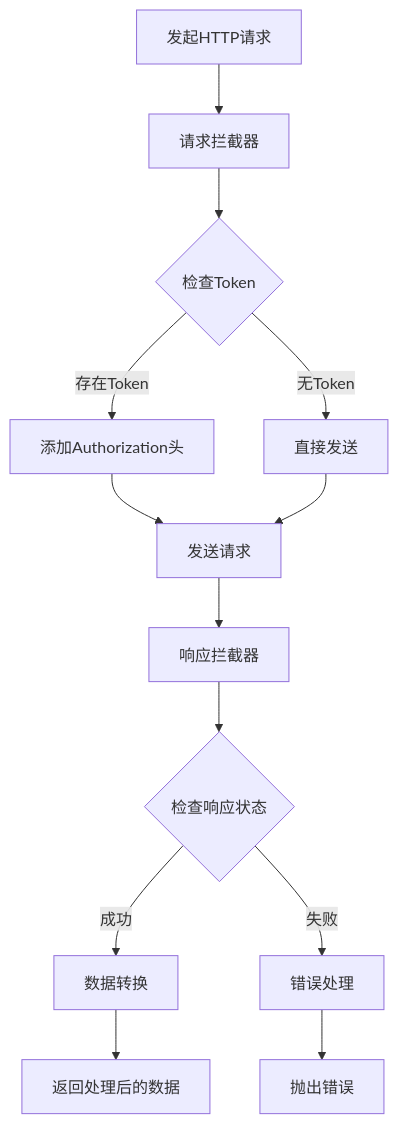
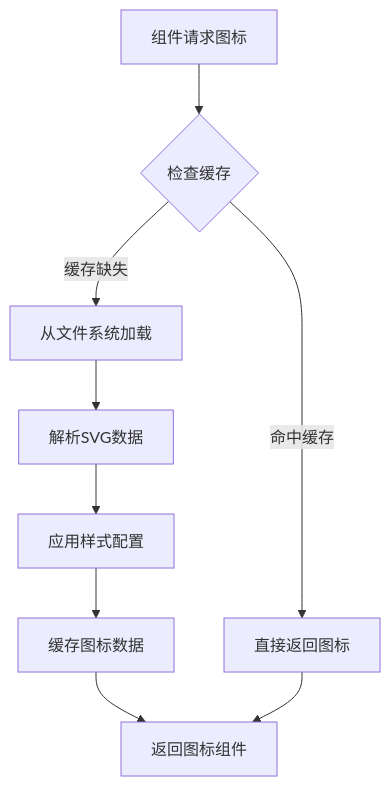
Before and after one commit to giserman001/vue3-vant4-mobile: diagram 14 of 15 in .qoder/repowiki/zh/content/核心系统/聊天系统.md, drawn with Mermaid. The commit also changed other lines of this file and 3 other files, not shown here.

````diff
--- a/.qoder/repowiki/zh/content/核心系统/聊天系统.md
+++ b/.qoder/repowiki/zh/content/核心系统/聊天系统.md
@@ -477,15 +570,11 @@
 ```mermaid
 flowchart TD
-A[发起HTTP请求] --> B[请求拦截器]
-B --> C{检查Token}
-C --> |存在Token| D[添加Authorization头]
-C --> |无Token| E[直接发送]
-D --> F[发送请求]
-E --> F
-F --> G[响应拦截器]
-G --> H{检查响应状态}
-H --> |成功| I[数据转换]
-H --> |失败| J[错误处理]
-I --> K[返回处理后的数据]
-J --> L[抛出错误]
+A[组件请求图标] --> B{检查缓存}
+B --> |命中缓存| C[直接返回图标]
+B --> |缓存缺失| D[从文件系统加载]
+D --> E[解析SVG数据]
+E --> F[应用样式配置]
+F --> G[缓存图标数据]
+G --> H[返回图标组件]
+C --> H
 ```
````
